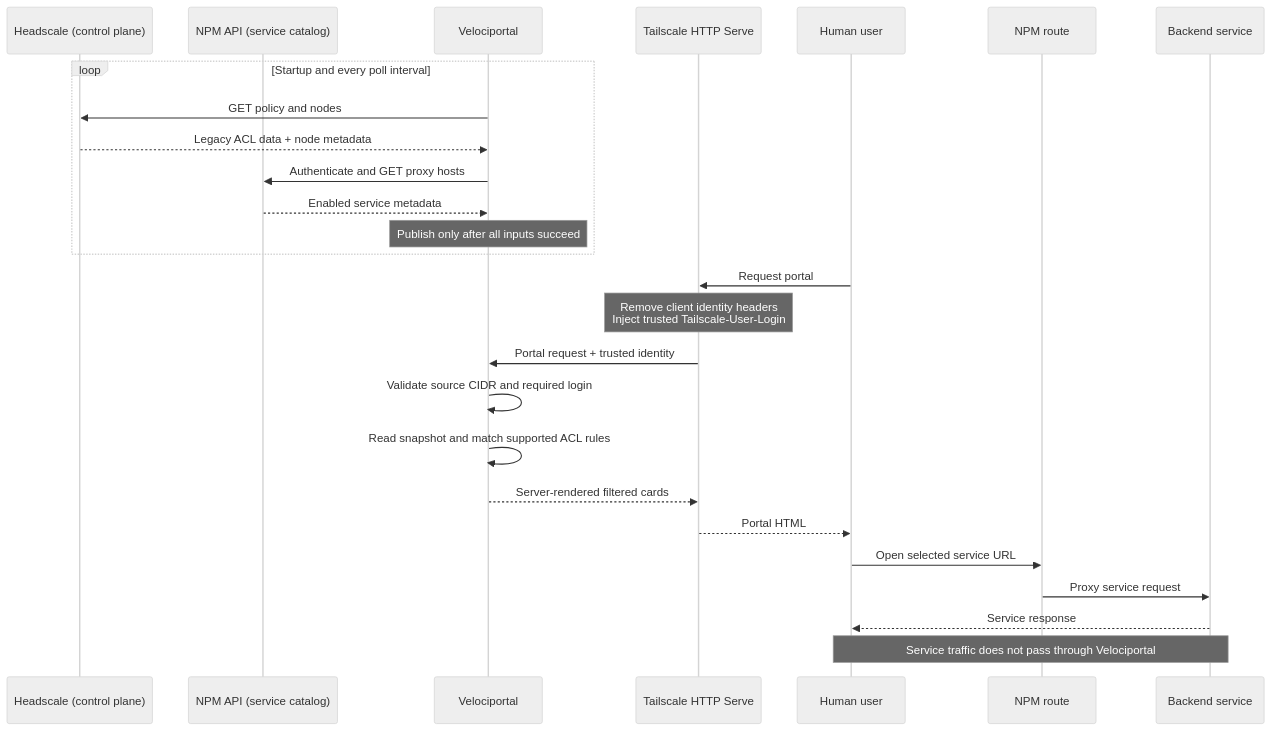
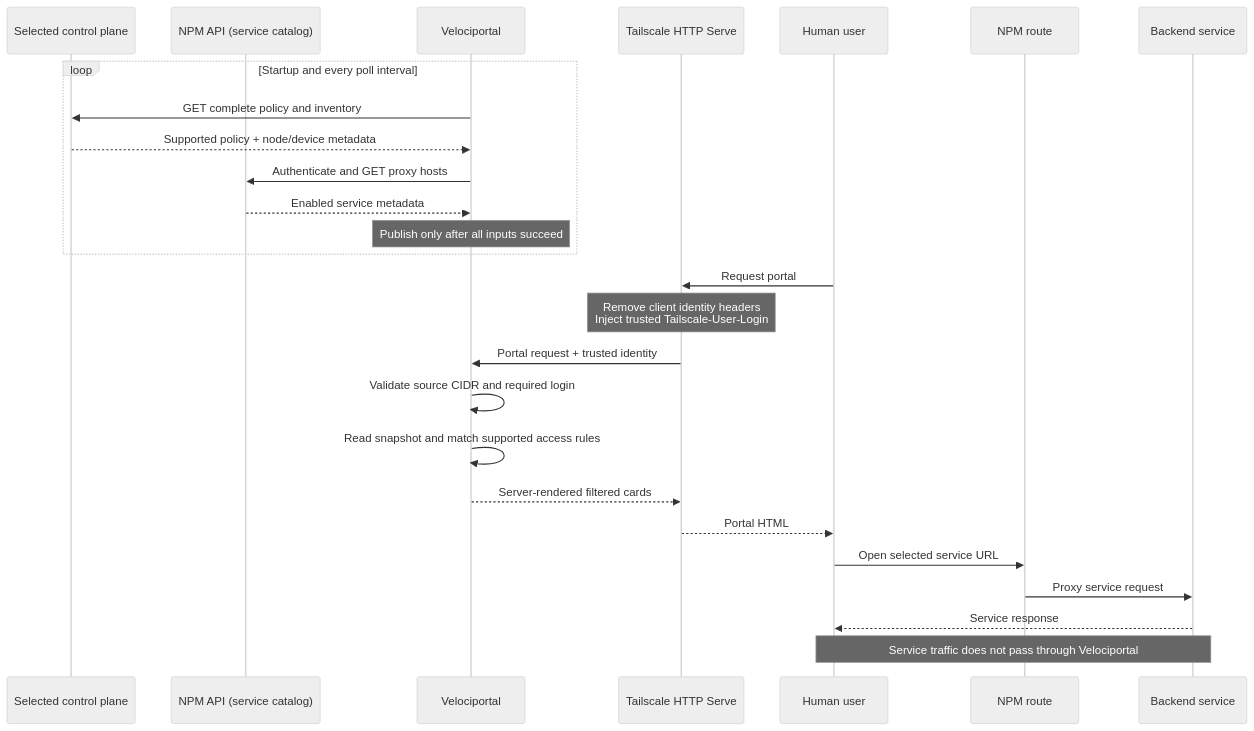
Before and after one commit to cybersader/velociportal: the second of 2 diagrams in docs/concept/how-it-works.md, drawn with Mermaid (neutral theme). The commit also changed other lines of this file and 27 other files, not shown here.

````diff
--- a/docs/concept/how-it-works.md
+++ b/docs/concept/how-it-works.md
@@ -37,34 +37,34 @@
 ```mermaid
 sequenceDiagram
     accTitle: Identity, control-plane, and service request sequence
-    accDescr: A background poll builds the complete snapshot from Headscale and NPM. A human requests the portal through Tailscale HTTP Serve over the encrypted tailnet. Serve sanitizes and injects Tailscale user headers. Velociportal checks the source, reads the snapshot, matches supported ACL rules, and returns filtered cards. When the human selects a card, service traffic goes through NPM to the backend without passing through Velociportal.
+    accDescr: A background poll builds the complete snapshot from the selected control plane and NPM. A human requests the portal through Tailscale HTTP Serve over the encrypted tailnet. Serve sanitizes and injects Tailscale user headers. Velociportal checks the source, reads the snapshot, matches supported access rules, and returns filtered cards. When the human selects a card, service traffic goes through NPM to the backend without passing through Velociportal.
 
-    participant HS as Headscale (control plane)
+    participant CP as Selected control plane
     participant Catalog as NPM API (service catalog)
     participant VP as Velociportal
     participant Proxy as Tailscale HTTP Serve
     participant User as Human user
     participant Route as NPM route
     participant App as Backend service
 
     loop Startup and every poll interval
-        VP->>HS: GET policy and nodes
-        HS-->>VP: Legacy ACL data + node metadata
+        VP->>CP: GET complete policy and inventory
+        CP-->>VP: Supported policy + node/device metadata
         VP->>Catalog: Authenticate and GET proxy hosts
         Catalog-->>VP: Enabled service metadata
         Note over VP: Publish only after all inputs succeed
     end
 
     User->>Proxy: Request portal
     Note over Proxy: Remove client identity headers<br/>Inject trusted Tailscale-User-Login
     Proxy->>VP: Portal request + trusted identity
     VP->>VP: Validate source CIDR and required login
-    VP->>VP: Read snapshot and match supported ACL rules
+    VP->>VP: Read snapshot and match supported access rules
     VP-->>Proxy: Server-rendered filtered cards
     Proxy-->>User: Portal HTML
 
     User->>Route: Open selected service URL
     Route->>App: Proxy service request
     App-->>User: Service response
     Note over User,App: Service traffic does not pass through Velociportal
 ```
````
